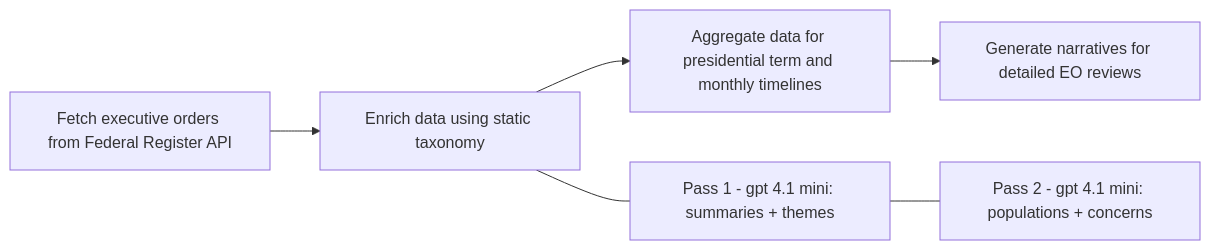
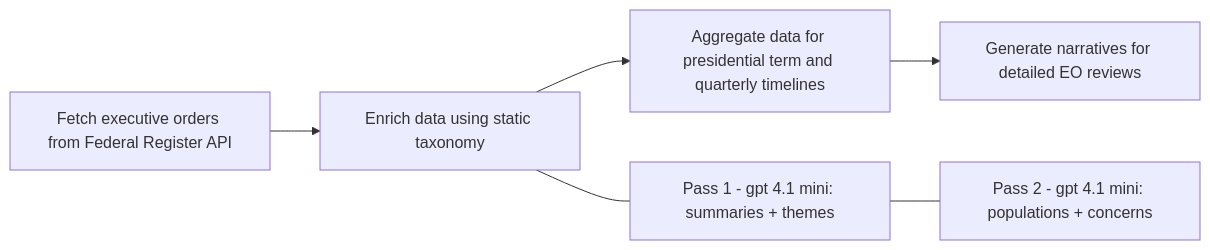
One commit to aml25/federal-register-analytics changed the diagram in README.md. Above: the diagram before and after it, drawn with Mermaid. The commit also changed other lines of this file and 16 other files, not shown here.

First line of the commit message:
Switch timeline from monthly to quarterly and add UI improvements

````diff
--- a/README.md
+++ b/README.md
@@ -51,9 +51,9 @@
 ```mermaid
 flowchart LR
     A[Fetch executive orders from Federal Register API] --> B[Enrich data using static taxonomy]
-    B --> C[Aggregate data for presidential term and monthly timelines]
+    B --> C[Aggregate data for presidential term and quarterly timelines]
     C --> D[Generate narratives for detailed EO reviews]
 
     B --- E[Pass 1 - gpt 4.1 mini: summaries + themes]
     E --- F[Pass 2 - gpt 4.1 mini: populations + concerns]
 ```
````
